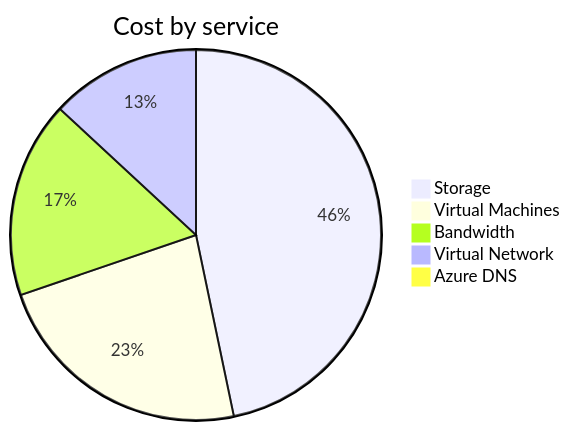
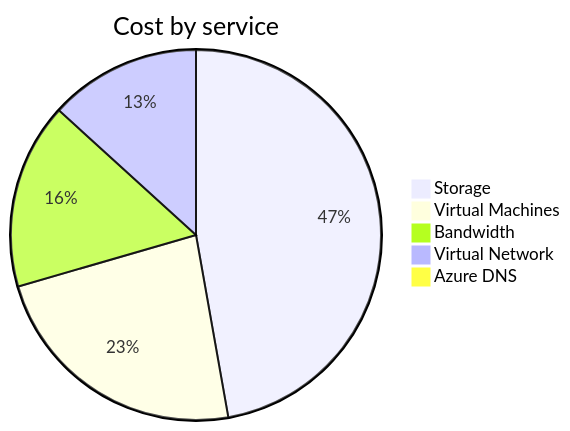
Before and after one commit to jpfulton/azure-personal-reports: the second of 4 diagrams in cost-reports/personal-network/README.md, drawn with Mermaid. The commit also changed other lines of this file and 8 other files, not shown here.

````diff
--- a/cost-reports/personal-network/README.md
+++ b/cost-reports/personal-network/README.md
@@ -99,9 +99,9 @@
 ```mermaid
 pie
    title Cost by service
-   "Storage" : 12.76
-   "Virtual Machines" : 6.29
+   "Storage" : 13.61
+   "Virtual Machines" : 6.72
    "Bandwidth" : 4.68
-   "Virtual Network" : 3.58
-   "Azure DNS" : 0.24
+   "Virtual Network" : 3.82
+   "Azure DNS" : 0.26
 ```
````
